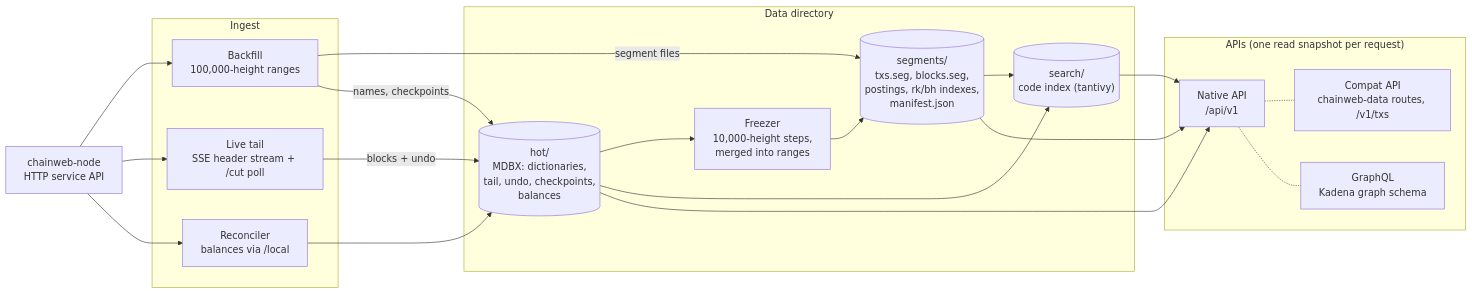
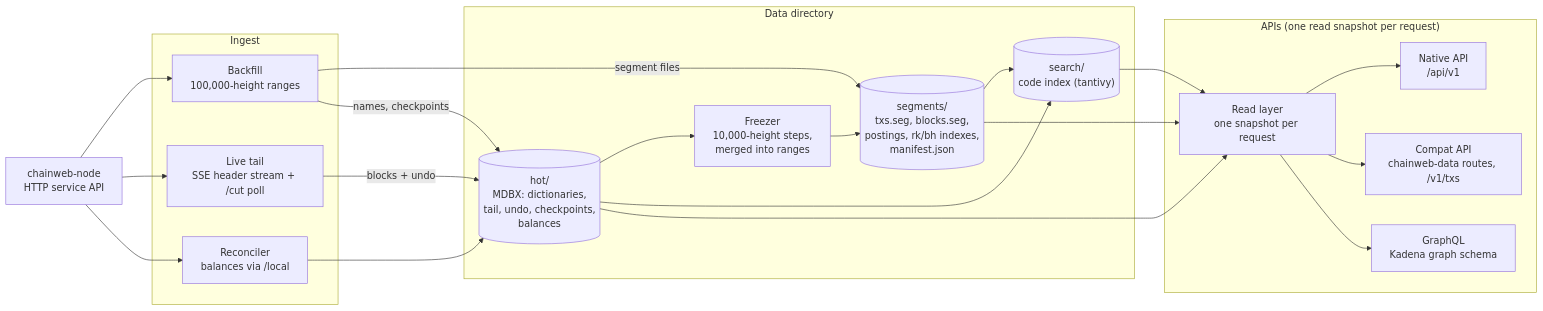
Before and after one commit to ZelCore-io/kda-indexer: the diagram in docs/architecture.md, drawn with Mermaid. The commit also changed other lines of this file and 3 other files, not shown here.

Commit message:
docs: address review of index, overview, architecture, README

````diff
--- a/docs/architecture.md
+++ b/docs/architecture.md
@@ -9,39 +9,41 @@
 ```mermaid
 flowchart LR
     node["chainweb-node<br/>HTTP service API"]
 
     subgraph ingest["Ingest"]
         backfill["Backfill<br/>100,000-height ranges"]
         tail["Live tail<br/>SSE header stream + /cut poll"]
         reconcile["Reconciler<br/>balances via /local"]
     end
 
     subgraph store["Data directory"]
         hot[("hot/<br/>MDBX: dictionaries,<br/>tail, undo, checkpoints,<br/>balances")]
         freezer["Freezer<br/>10,000-height steps,<br/>merged into ranges"]
         seg[("segments/<br/>txs.seg, blocks.seg,<br/>postings, rk/bh indexes,<br/>manifest.json")]
         search[("search/<br/>code index (tantivy)")]
     end
 
     subgraph api["APIs (one read snapshot per request)"]
+        read["Read layer<br/>one snapshot per request"]
         native["Native API<br/>/api/v1"]
         compat["Compat API<br/>chainweb-data routes, /v1/txs"]
         gql["GraphQL<br/>Kadena graph schema"]
     end
 
     node --> backfill
     node --> tail
     node --> reconcile
     backfill -->|"segment files"| seg
     backfill -->|"names, checkpoints"| hot
     tail -->|"blocks + undo"| hot
     reconcile --> hot
     hot --> freezer --> seg
     hot --> search
     seg --> search
-    hot --> native
-    seg --> native
-    search --> native
-    native -.- compat
-    native -.- gql
+    hot --> read
+    seg --> read
+    search --> read
+    read --> native
+    read --> compat
+    read --> gql
 ```
````
